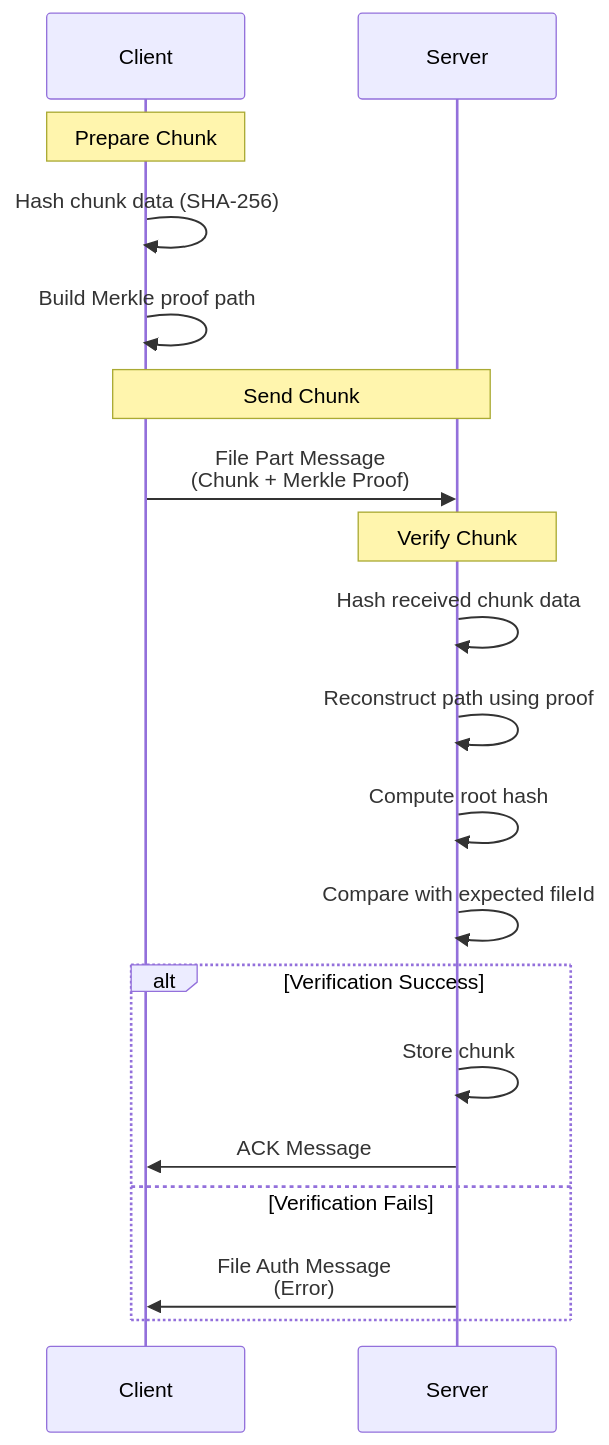
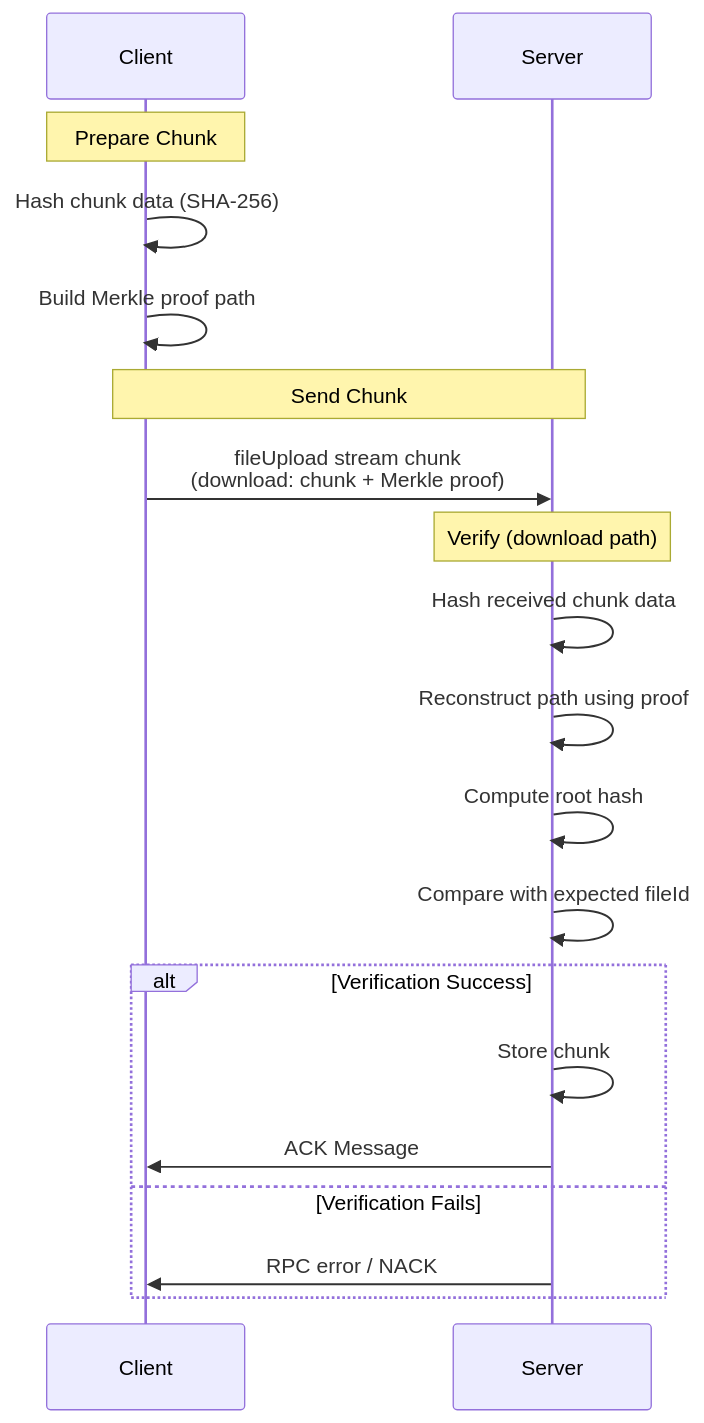
Before and after one commit to nperez0111/teleportal: the sixth of 17 diagrams in docs/src/content/docs/advanced/protocol.mdx, drawn with Mermaid. The commit also changed other lines of this file and 113 other files, not shown here.

````diff
--- a/docs/src/content/docs/advanced/protocol.mdx
+++ b/docs/src/content/docs/advanced/protocol.mdx
@@ -518,25 +307,25 @@
 ```mermaid
 sequenceDiagram
     participant C as Client
     participant S as Server
 
     Note over C: Prepare Chunk
     C->>C: Hash chunk data (SHA-256)
     C->>C: Build Merkle proof path
 
     Note over C,S: Send Chunk
-    C->>S: File Part Message<br/>(Chunk + Merkle Proof)
+    C->>S: fileUpload stream chunk<br/>(download: chunk + Merkle proof)
 
-    Note over S: Verify Chunk
+    Note over S: Verify (download path)
     S->>S: Hash received chunk data
     S->>S: Reconstruct path using proof
     S->>S: Compute root hash
     S->>S: Compare with expected fileId
 
     alt Verification Success
         S->>S: Store chunk
         S->>C: ACK Message
     else Verification Fails
-        S->>C: File Auth Message<br/>(Error)
+        S->>C: RPC error / NACK
     end
 ```
````
